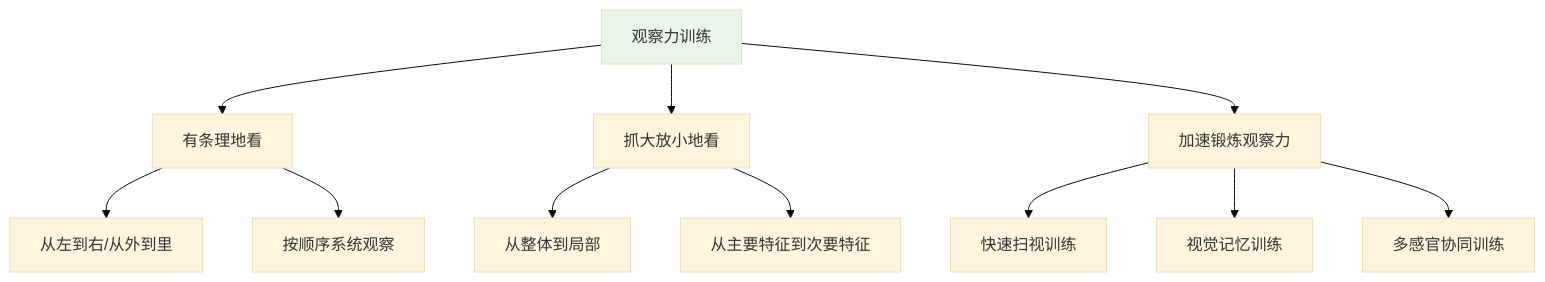
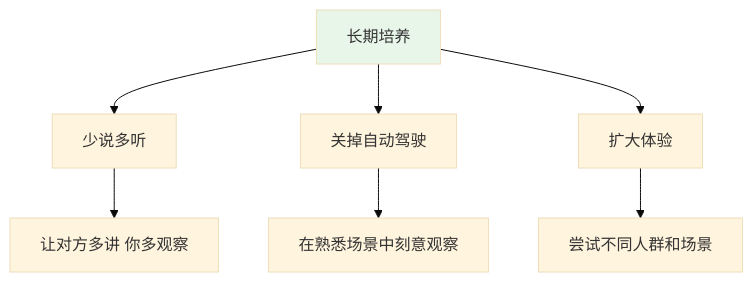
The fifth of 7 diagrams in 10.打工充平常记录/10.自我精进七课/07.底层思维的训练/7.3感知能力的提升.md (chongyang211/YCBookBlog), drawn with Mermaid (base theme) before and after one commit. The commit also changed other lines of this file and 55 other files, not shown here.

````diff
--- a/10.打工充平常记录/10.自我精进七课/07.底层思维的训练/7.3感知能力的提升.md
+++ b/10.打工充平常记录/10.自我精进七课/07.底层思维的训练/7.3感知能力的提升.md
@@ -205,14 +198,10 @@
 ```mermaid
 graph TD
-    A[观察力训练] --> B[有条理地看]
-    A --> C[抓大放小地看]
-    A --> D[加速锻炼观察力]
-    B --> B1[从左到右/从外到里]
-    B --> B2[按顺序系统观察]
-    C --> C1[从整体到局部]
-    C --> C2[从主要特征到次要特征]
-    D --> D1[快速扫视训练]
-    D --> D2[视觉记忆训练]
-    D --> D3[多感官协同训练]
+    A[长期培养] --> B[少说多听]
+    A --> C[关掉自动驾驶]
+    A --> D[扩大体验]
+    B --> B1[让对方多讲 你多观察]
+    C --> C1[在熟悉场景中刻意观察]
+    D --> D1[尝试不同人群和场景]
     style A fill:#e8f5e9
 ```
````
